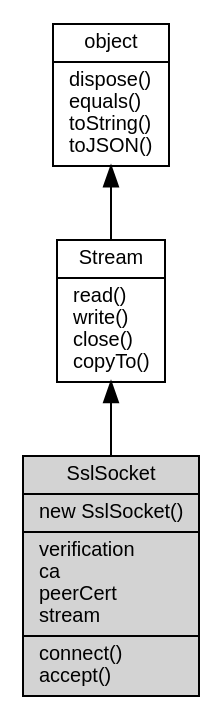
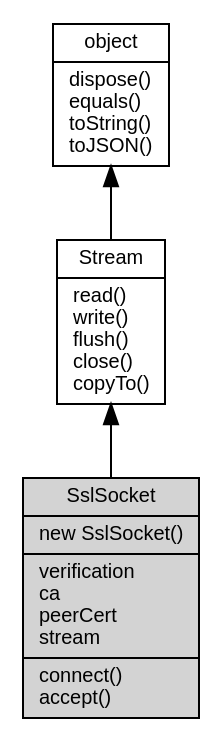
The diagram in docs/manual/object/ifs/SslSocket.md (fibjs/fibjs.org), drawn with Graphviz before and after one commit. The commit also changed other lines of this file and 289 other files, not shown here.

````diff
--- a/docs/manual/object/ifs/SslSocket.md
+++ b/docs/manual/object/ifs/SslSocket.md
@@ -11,12 +11,12 @@
 ```dot
 digraph {
     node [fontname="Helvetica,sans-Serif", fontsize=10, shape="record", style="filled", fillcolor="white"];
 
     object [tooltip="object", URL="object.md", label="{object|dispose()\lequals()\ltoString()\ltoJSON()\l}"];
-    Stream [tooltip="Stream", URL="Stream.md", label="{Stream|read()\lwrite()\lclose()\lcopyTo()\l}"];
-    SslSocket [tooltip="SslSocket", fillcolor="lightgray", label="{SslSocket|new SslSocket()\l|verification\lca\lpeerCert\lstream\l|connect()\laccept()\l}"];
+    Stream [tooltip="Stream", URL="Stream.md", label="{Stream|read()\lwrite()\lflush()\lclose()\lcopyTo()\l}"];
+    SslSocket [tooltip="SslSocket", fillcolor="lightgray", id="me", label="{SslSocket|new SslSocket()\l|verification\lca\lpeerCert\lstream\l|connect()\laccept()\l}"];
 
     object -> Stream [dir=back];
     Stream -> SslSocket [dir=back];
 }
 ```
````
